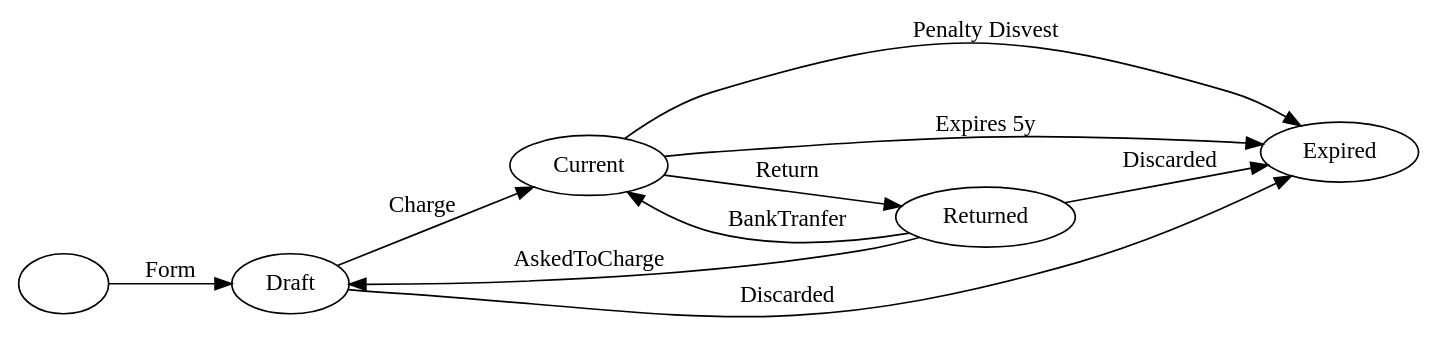
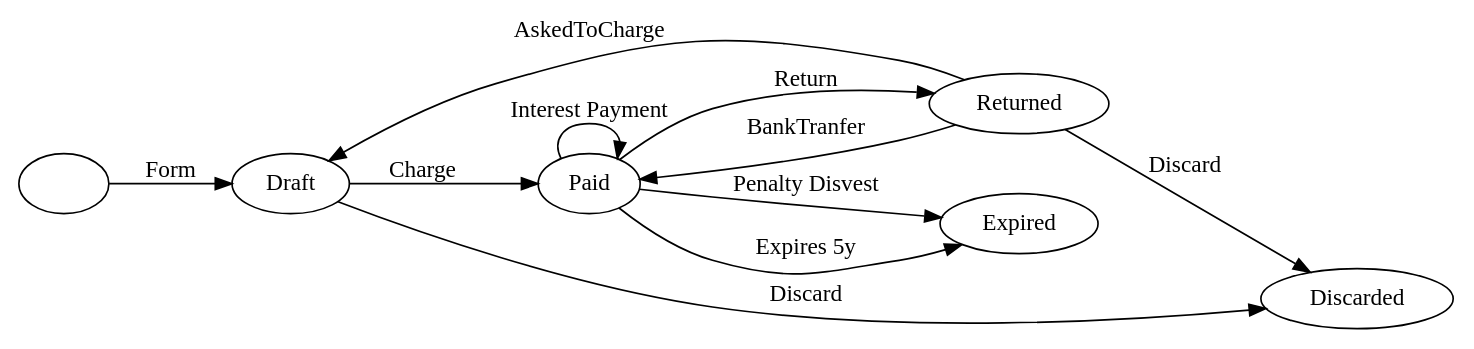
Before and after one commit to Som-Energia/somenergia-generationkwh: the diagram in docs/inversions-states-titols5.dot, drawn with Graphviz. The commit also changed 8 other files, not shown here.

```diff
--- a/docs/inversions-states-titols5.dot
+++ b/docs/inversions-states-titols5.dot
@@ -1,12 +1,14 @@
 digraph G {
 rankdir=LR
 "" -> Draft [label=Form]
-Draft -> Current [label=Charge]
-Current -> Returned [label=Return]
-Returned -> Current [label=BankTranfer]
+Draft -> Paid [label=Charge]
+Paid -> Paid [label="Interest Payment"]
+Paid -> Expired [label="Expires 5y"]
+Paid -> Expired [label="Penalty Disvest"]
+
+Paid -> Returned [label=Return]
+Returned -> Paid [label=BankTranfer]
 Returned -> Draft [label=AskedToCharge]
-Returned -> Expired [label=Discarded]
-Draft -> Expired [label=Discarded]
-Current -> Expired [label="Penalty Disvest"]
-Current -> Expired [label="Expires 5y"]
+Returned -> Discarded [label=Discard]
+Draft -> Discarded [label=Discard]
 }
```
